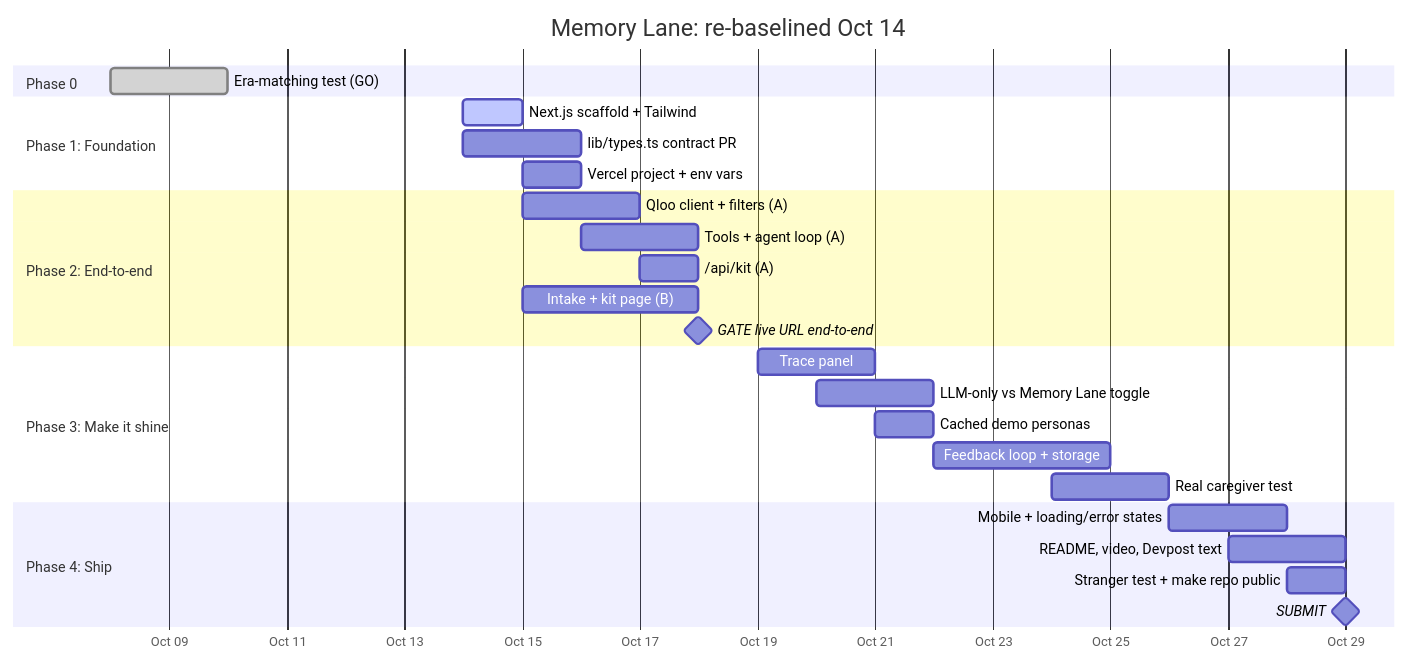
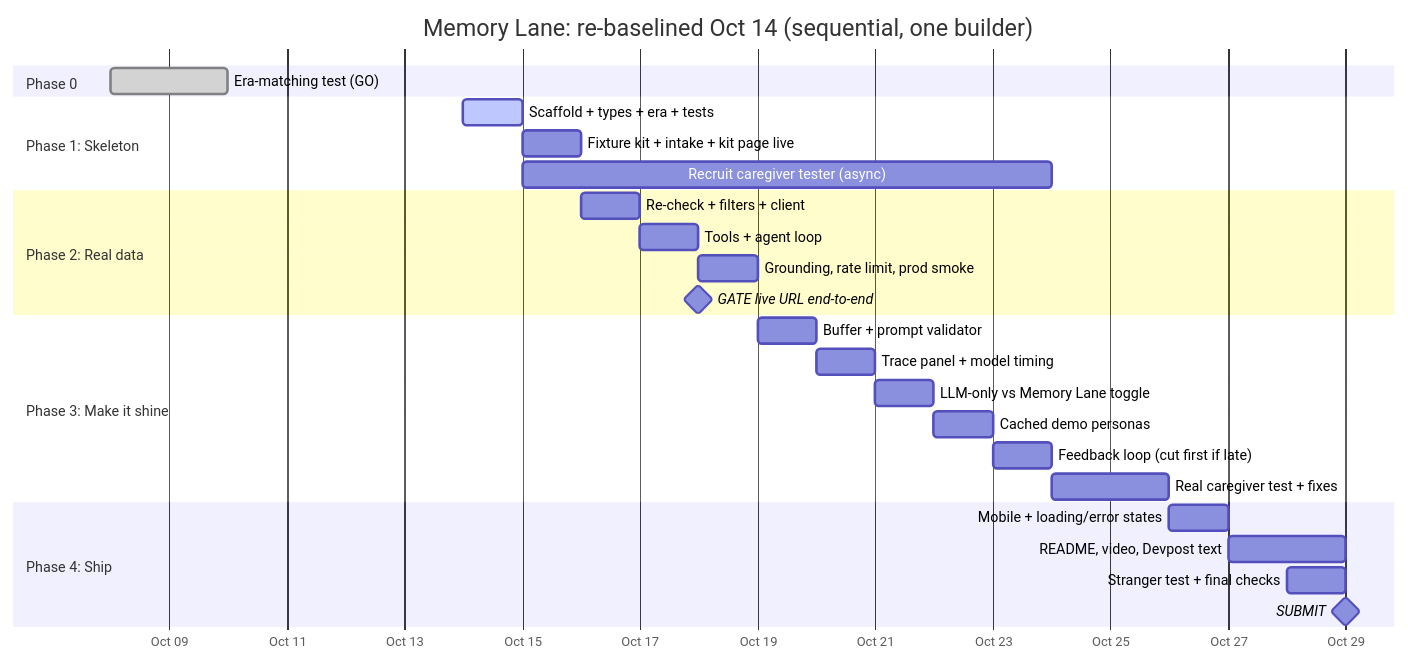
The sixth of 8 diagrams in docs/implementation-plan.md (PrathibhaDevkar/memory-lane), drawn with Mermaid before and after one commit. The commit also changed other lines of this file and 1 other file, not shown here.

````diff
--- a/docs/implementation-plan.md
+++ b/docs/implementation-plan.md
@@ -281,34 +308,34 @@
 ```mermaid
 gantt
-    title Memory Lane: re-baselined Oct 14
+    title Memory Lane: re-baselined Oct 14 (sequential, one builder)
     dateFormat  YYYY-MM-DD
     axisFormat  %b %d
 
     section Phase 0
-    Era-matching test (GO)            :done,    p0, 2026-10-08, 2d
+    Era-matching test (GO)               :done,    p0, 2026-10-08, 2d
 
-    section Phase 1: Foundation
-    Next.js scaffold + Tailwind       :active,  p1a, 2026-10-14, 1d
-    lib/types.ts contract PR          :         p1b, 2026-10-14, 2d
-    Vercel project + env vars         :         p1c, 2026-10-15, 1d
+    section Phase 1: Skeleton
+    Scaffold + types + era + tests       :active,  p1a, 2026-10-14, 1d
+    Fixture kit + intake + kit page live :         p1b, 2026-10-15, 1d
+    Recruit caregiver tester (async)     :         p1c, 2026-10-15, 9d
 
-    section Phase 2: End-to-end
-    Qloo client + filters (A)         :         p2a, 2026-10-15, 2d
-    Tools + agent loop (A)            :         p2b, 2026-10-16, 2d
-    /api/kit (A)                      :         p2c, 2026-10-17, 1d
-    Intake + kit page (B)             :         p2d, 2026-10-15, 3d
-    GATE live URL end-to-end          :milestone, g2, 2026-10-18, 0d
+    section Phase 2: Real data
+    Re-check + filters + client          :         p2a, 2026-10-16, 1d
+    Tools + agent loop                   :         p2b, 2026-10-17, 1d
+    Grounding, rate limit, prod smoke    :         p2c, 2026-10-18, 1d
+    GATE live URL end-to-end             :milestone, g2, 2026-10-18, 0d
 
     section Phase 3: Make it shine
-    Trace panel                       :         p3a, 2026-10-19, 2d
-    LLM-only vs Memory Lane toggle    :         p3b, 2026-10-20, 2d
-    Cached demo personas              :         p3c, 2026-10-21, 1d
-    Feedback loop + storage           :         p3d, 2026-10-22, 3d
-    Real caregiver test               :         p3e, 2026-10-24, 2d
+    Buffer + prompt validator            :         p3a, 2026-10-19, 1d
+    Trace panel + model timing           :         p3b, 2026-10-20, 1d
+    LLM-only vs Memory Lane toggle       :         p3f, 2026-10-21, 1d
+    Cached demo personas                 :         p3c, 2026-10-22, 1d
+    Feedback loop (cut first if late)    :         p3d, 2026-10-23, 1d
+    Real caregiver test + fixes          :         p3e, 2026-10-24, 2d
 
     section Phase 4: Ship
-    Mobile + loading/error states     :         p4a, 2026-10-26, 2d
-    README, video, Devpost text       :         p4b, 2026-10-27, 2d
-    Stranger test + make repo public  :         p4c, 2026-10-28, 1d
-    SUBMIT                            :milestone, sub, 2026-10-29, 0d
+    Mobile + loading/error states        :         p4a, 2026-10-26, 1d
+    README, video, Devpost text          :         p4b, 2026-10-27, 2d
+    Stranger test + final checks         :         p4c, 2026-10-28, 1d
+    SUBMIT                               :milestone, sub, 2026-10-29, 0d
 ```
````
